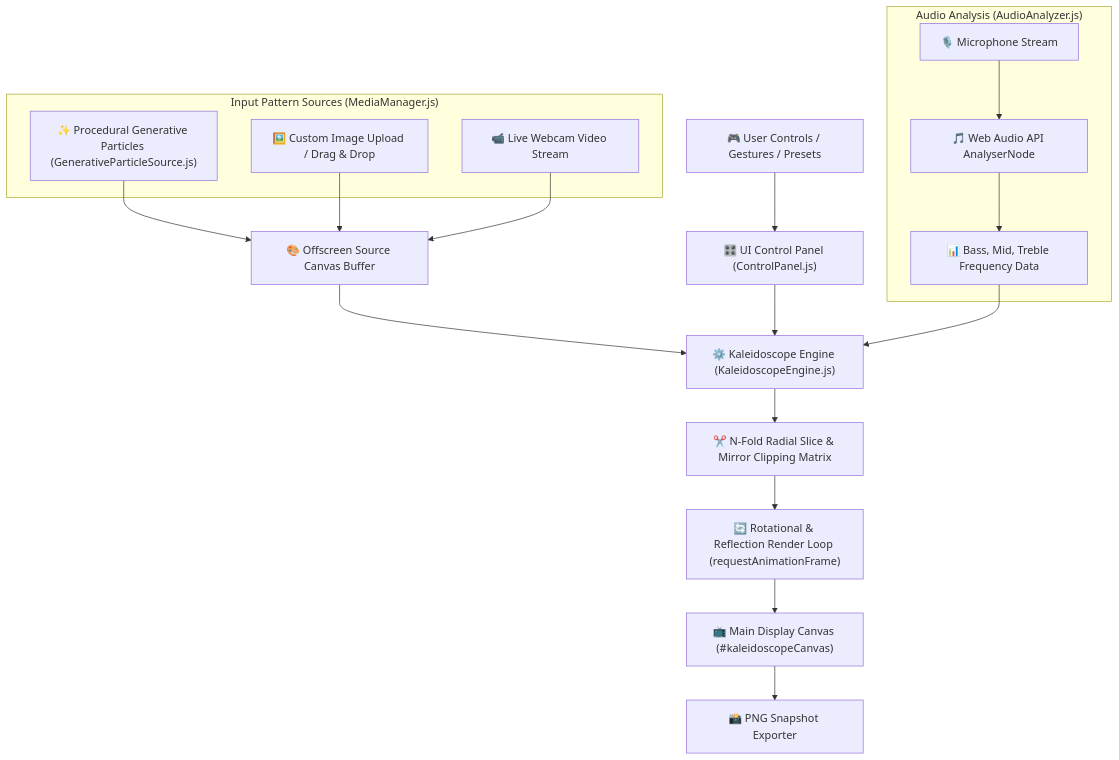
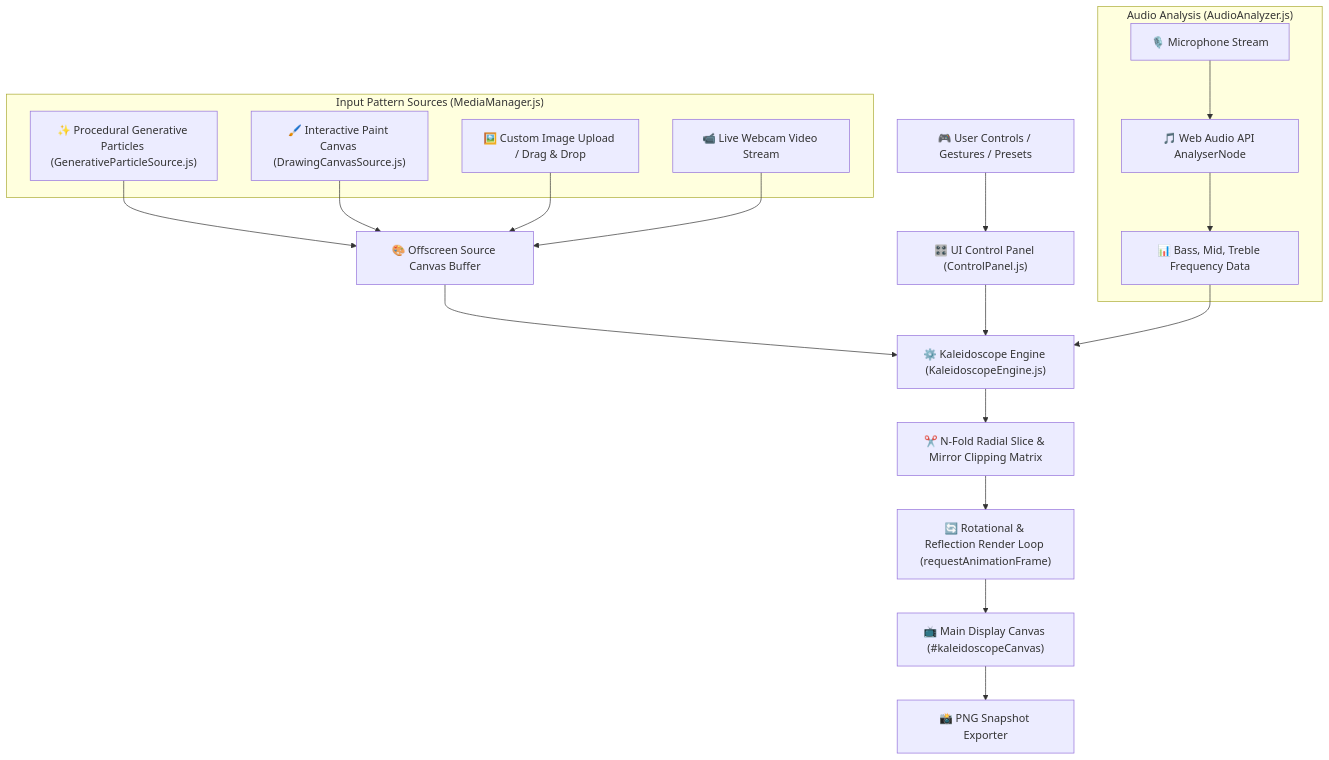
The first of 2 diagrams in README.md (sahith25/kaleidoscope), drawn with Mermaid before and after one commit. The commit also changed other lines of this file and 7 other files, not shown here.

````diff
--- a/README.md
+++ b/README.md
@@ -10,29 +10,31 @@
 ```mermaid
 flowchart TD
     A["🎮 User Controls / Gestures / Presets"] --> B["🎛️ UI Control Panel (ControlPanel.js)"]
     
     subgraph "Input Pattern Sources (MediaManager.js)"
         C1["✨ Procedural Generative Particles (GenerativeParticleSource.js)"]
-        C2["🖼️ Custom Image Upload / Drag & Drop"]
-        C3["📹 Live Webcam Video Stream"]
+        C2["🖌️ Interactive Paint Canvas (DrawingCanvasSource.js)"]
+        C3["🖼️ Custom Image Upload / Drag & Drop"]
+        C4["📹 Live Webcam Video Stream"]
     end
     
     subgraph "Audio Analysis (AudioAnalyzer.js)"
         D1["🎙️ Microphone Stream"] --> D2["🎵 Web Audio API AnalyserNode"]
         D2 --> D3["📊 Bass, Mid, Treble Frequency Data"]
     end
 
     C1 --> E["🎨 Offscreen Source Canvas Buffer"]
     C2 --> E
     C3 --> E
+    C4 --> E
     
     E --> F["⚙️ Kaleidoscope Engine (KaleidoscopeEngine.js)"]
     B --> F
     D3 --> F
     
     F --> G["✂️ N-Fold Radial Slice & Mirror Clipping Matrix"]
     G --> H["🔄 Rotational & Reflection Render Loop (requestAnimationFrame)"]
     H --> I["📺 Main Display Canvas (#kaleidoscopeCanvas)"]
     
     I --> J["📸 PNG Snapshot Exporter"]
 ```
````
